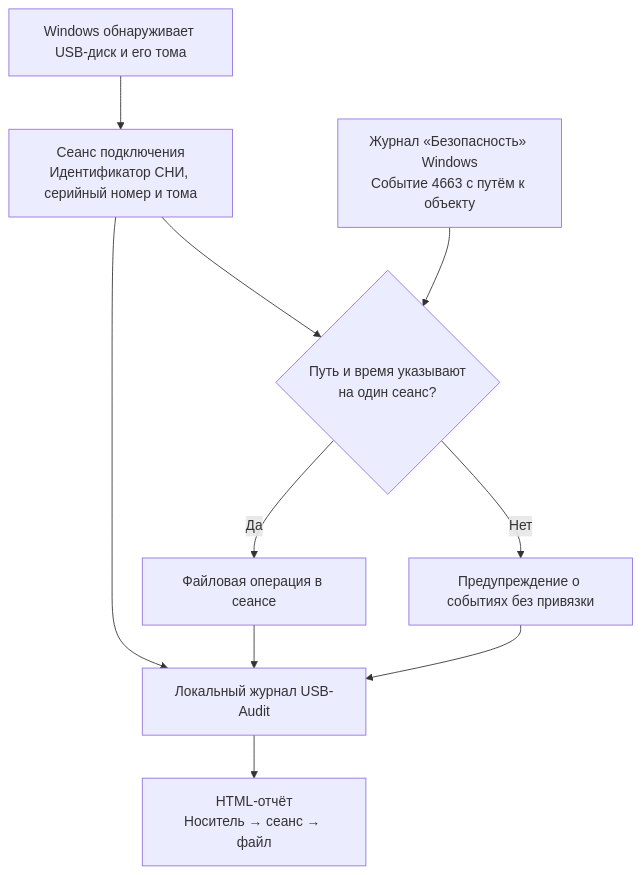
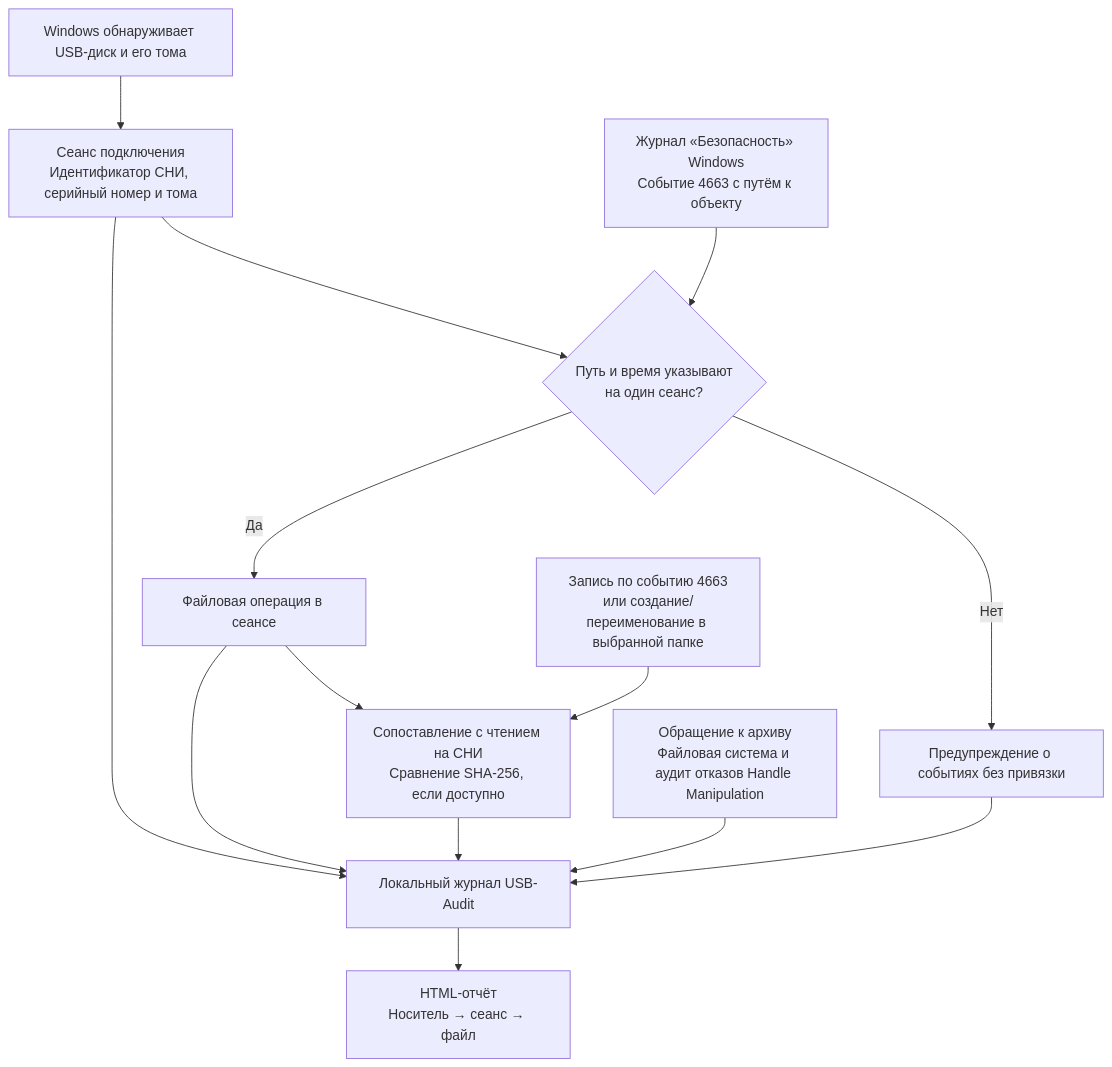
One commit to Amtonsi/usb-audit changed the diagram in README.md. Above: the diagram before and after it, drawn with Mermaid. The commit also changed other lines of this file and 20 other files, not shown here.

````diff
--- a/README.md
+++ b/README.md
@@ -21,20 +25,27 @@
 ```mermaid
 flowchart TB
     disk["Windows обнаруживает USB-диск и его тома"]
     session["Сеанс подключения<br/>Идентификатор СНИ, серийный номер и тома"]
     eventlog["Журнал «Безопасность» Windows<br/>Событие 4663 с путём к объекту"]
     match{"Путь и время указывают<br/>на один сеанс?"}
     record["Файловая операция в сеансе"]
     notice["Предупреждение о событиях без привязки"]
+    local["Запись по событию 4663<br/>или создание/переименование в выбранной папке"]
+    pair["Сопоставление с чтением на СНИ<br/>Сравнение SHA-256, если доступно"]
+    archive["Обращение к архиву<br/>Файловая система и аудит отказов Handle Manipulation"]
     log["Локальный журнал USB-Audit"]
     report["HTML-отчёт<br/>Носитель → сеанс → файл"]
     disk --> session
     session --> match
     eventlog --> match
     match -->|Да| record
     match -->|Нет| notice
     session --> log
     record --> log
+    record --> pair
+    local --> pair
+    pair --> log
+    archive --> log
     notice --> log
     log --> report
 ```
````
